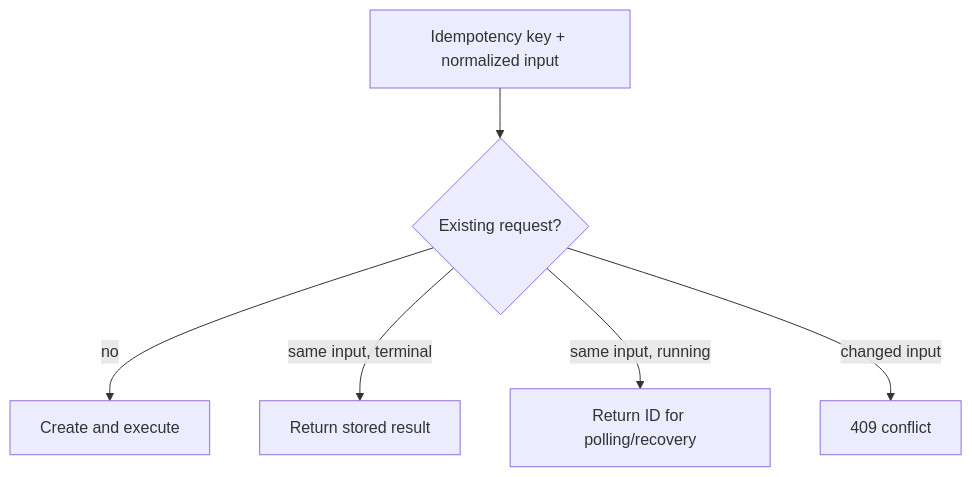
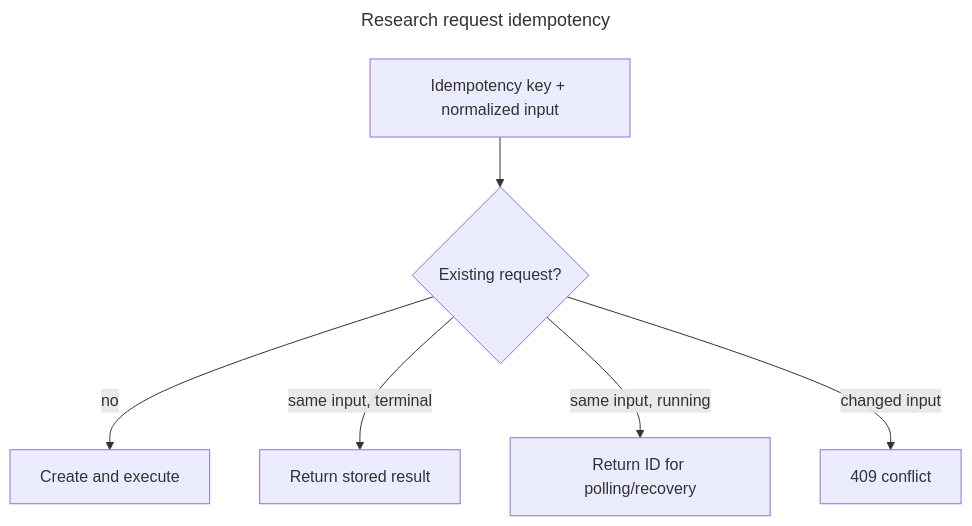
The second of 2 diagrams in docs/research.md (hongchit/sec-filing-rag-poc), drawn with Mermaid before and after one commit. The commit also changed other lines of this file and 43 other files, not shown here.

````diff
--- a/docs/research.md
+++ b/docs/research.md
@@ -98,8 +108,11 @@
 ```mermaid
+---
+title: Research request idempotency
+---
 flowchart TD
   K[Idempotency key + normalized input] --> E{Existing request?}
   E -- no --> N[Create and execute]
   E -- same input, terminal --> R[Return stored result]
   E -- same input, running --> P[Return ID for polling/recovery]
   E -- changed input --> C[409 conflict]
 ```
````
